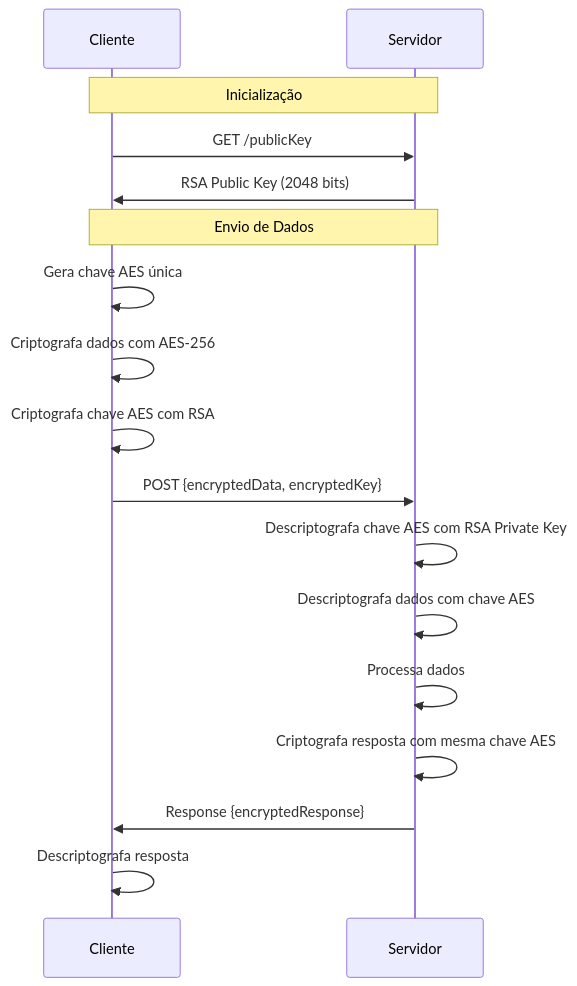
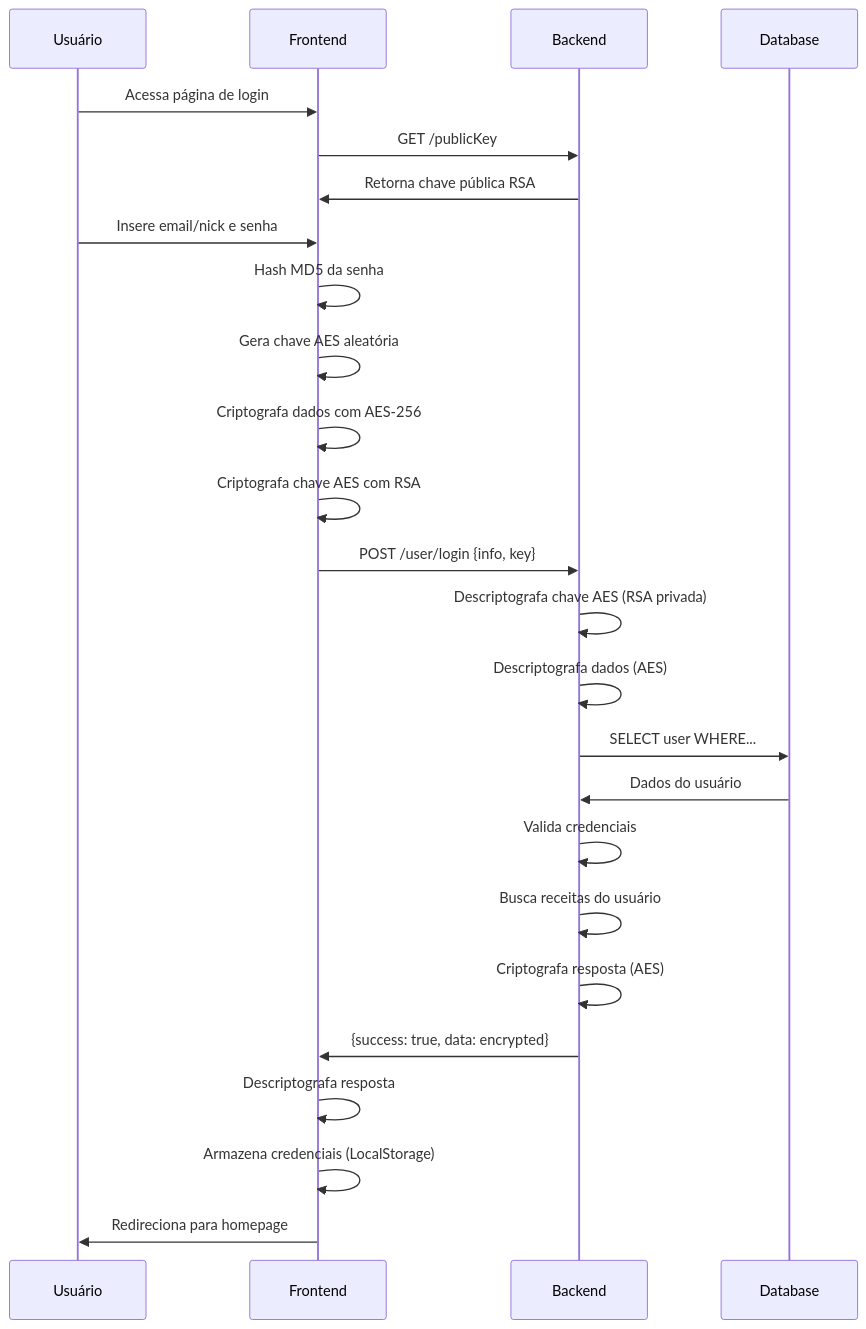
The first of 3 diagrams in README.md (CaioKloppel/Miam), drawn with Mermaid before and after one commit. The commit also changed other lines of this file and 9 other files, not shown here.

````diff
--- a/README.md
+++ b/README.md
@@ -115,21 +164,31 @@
 ```mermaid
 sequenceDiagram
-    participant C as Cliente
-    participant S as Servidor
+    participant U as Usuário
+    participant F as Frontend
+    participant B as Backend
+    participant DB as Database
 
-    Note over C,S: Inicialização
-    C->>S: GET /publicKey
-    S->>C: RSA Public Key (2048 bits)
+    U->>F: Acessa página de login
+    F->>B: GET /publicKey
+    B->>F: Retorna chave pública RSA
 
-    Note over C,S: Envio de Dados
-    C->>C: Gera chave AES única
-    C->>C: Criptografa dados com AES-256
-    C->>C: Criptografa chave AES com RSA
-    C->>S: POST {encryptedData, encryptedKey}
-    S->>S: Descriptografa chave AES com RSA Private Key
-    S->>S: Descriptografa dados com chave AES
-    S->>S: Processa dados
-    S->>S: Criptografa resposta com mesma chave AES
-    S->>C: Response {encryptedResponse}
-    C->>C: Descriptografa resposta
+    U->>F: Insere email/nick e senha
+    F->>F: Hash MD5 da senha
+    F->>F: Gera chave AES aleatória
+    F->>F: Criptografa dados com AES-256
+    F->>F: Criptografa chave AES com RSA
+
+    F->>B: POST /user/login {info, key}
+    B->>B: Descriptografa chave AES (RSA privada)
+    B->>B: Descriptografa dados (AES)
+    B->>DB: SELECT user WHERE...
+    DB->>B: Dados do usuário
+    B->>B: Valida credenciais
+    B->>B: Busca receitas do usuário
+    B->>B: Criptografa resposta (AES)
+    B->>F: {success: true, data: encrypted}
+
+    F->>F: Descriptografa resposta
+    F->>F: Armazena credenciais (LocalStorage)
+    F->>U: Redireciona para homepage
 ```
````
